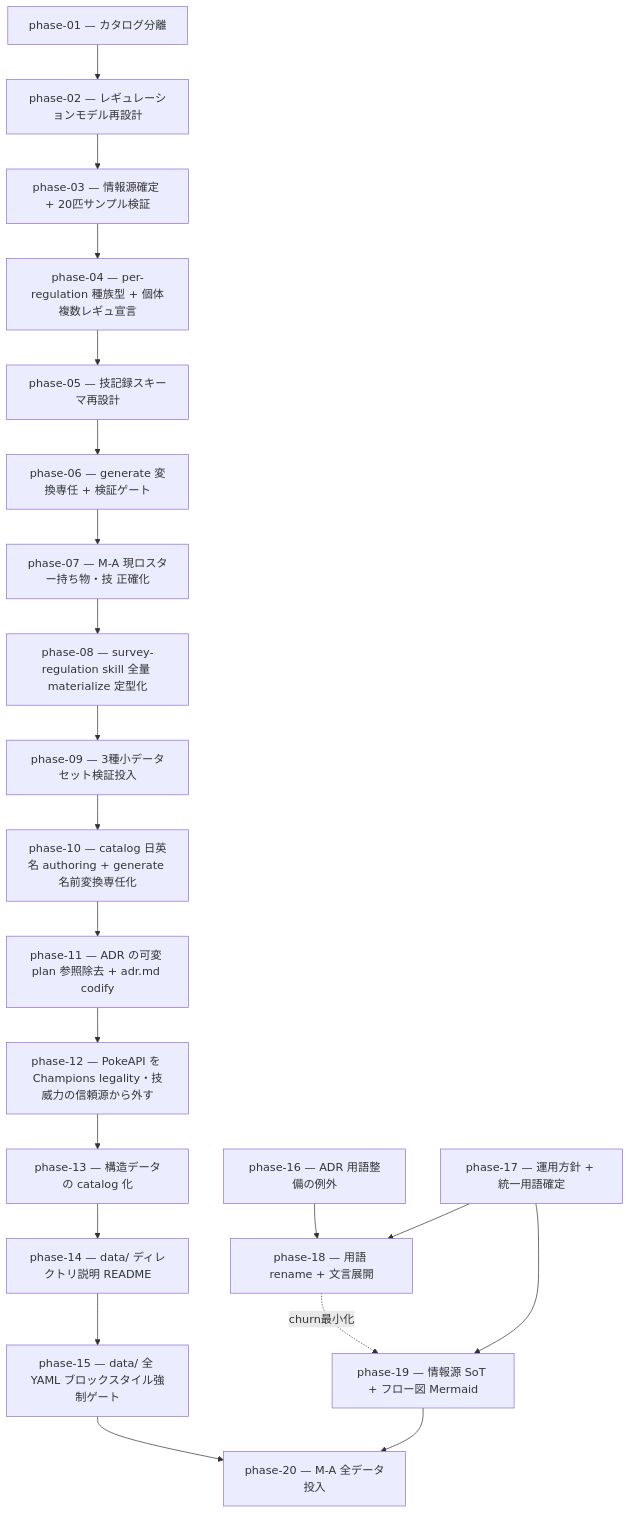
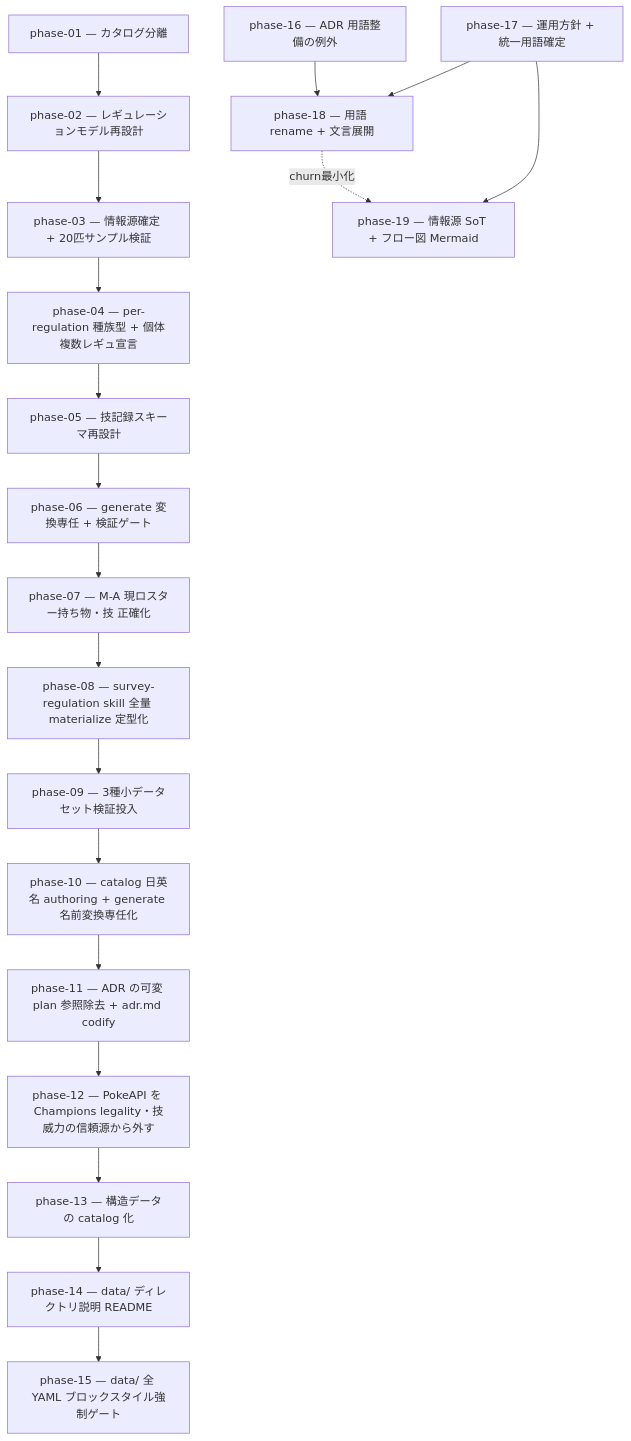
One commit to subroh0508/pokeform changed the diagram in docs/plan/02-data-model-redesign/README.md. Above: the diagram before and after it, drawn with Mermaid. The commit also changed other lines of this file and 12 other files, not shown here.

````diff
--- a/docs/plan/02-data-model-redesign/README.md
+++ b/docs/plan/02-data-model-redesign/README.md
@@ -14,23 +14,21 @@
 ```mermaid
 flowchart TD
     P1[phase-01 — カタログ分離] --> P2[phase-02 — レギュレーションモデル再設計]
     P2 --> P3[phase-03 — 情報源確定 + 20匹サンプル検証]
     P3 --> P4[phase-04 — per-regulation 種族型 + 個体複数レギュ宣言]
     P4 --> P5[phase-05 — 技記録スキーマ再設計]
     P5 --> P6[phase-06 — generate 変換専任 + 検証ゲート]
     P6 --> P7[phase-07 — M-A 現ロスター持ち物・技 正確化]
     P7 --> P8[phase-08 — survey-regulation skill 全量 materialize 定型化]
     P8 --> P9[phase-09 — 3種小データセット検証投入]
     P9 --> P10[phase-10 — catalog 日英名 authoring + generate 名前変換専任化]
     P10 --> P11[phase-11 — ADR の可変 plan 参照除去 + adr.md codify]
     P11 --> P12[phase-12 — PokeAPI を Champions legality・技威力の信頼源から外す]
     P12 --> P13[phase-13 — 構造データの catalog 化]
     P13 --> P14[phase-14 — data/ ディレクトリ説明 README]
     P14 --> P15[phase-15 — data/ 全 YAML ブロックスタイル強制ゲート]
-    P15 --> P20[phase-20 — M-A 全データ投入]
     P16[phase-16 — ADR 用語整備の例外] --> P18[phase-18 — 用語 rename + 文言展開]
     P17[phase-17 — 運用方針 + 統一用語確定] --> P18
     P17 --> P19[phase-19 — 情報源 SoT + フロー図 Mermaid]
     P18 -. churn最小化 .-> P19
-    P19 --> P20
 ```
````
